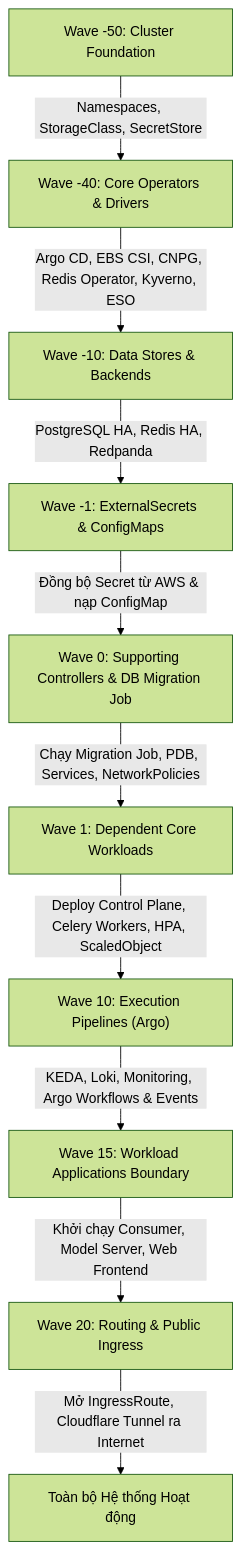
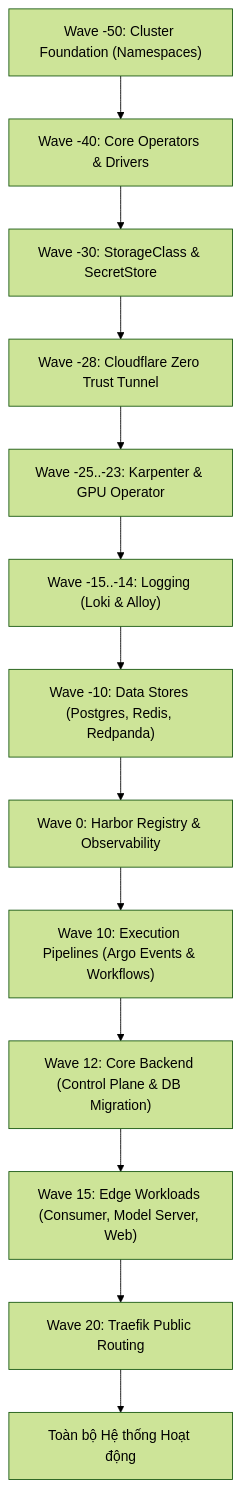
The diagram in k8s/README.md (Viet-Hoang-2005/MLOps-paas-system), drawn with Mermaid (forest theme) before and after one commit. The commit also changed other lines of this file and 4 other files, not shown here.

Commit message:
fix(k8s): race condition between sync wave control plane and consumer

````diff
--- a/k8s/README.md
+++ b/k8s/README.md
@@ -57,22 +57,17 @@
 ```mermaid
 flowchart TD
-    W_M50["Wave -50: Cluster Foundation"]
+    W_M50["Wave -50: Cluster Foundation (Namespaces)"]
     W_M40["Wave -40: Core Operators & Drivers"]
-    W_M10["Wave -10: Data Stores & Backends"]
-    W_M1["Wave -1: ExternalSecrets & ConfigMaps"]
-    W_0["Wave 0: Supporting Controllers & DB Migration Job"]
-    W_1["Wave 1: Dependent Core Workloads"]
-    W_10["Wave 10: Execution Pipelines (Argo)"]
-    W_15["Wave 15: Workload Applications Boundary"]
-    W_20["Wave 20: Routing & Public Ingress"]
+    W_M30["Wave -30: StorageClass & SecretStore"]
+    W_M28["Wave -28: Cloudflare Zero Trust Tunnel"]
+    W_M25["Wave -25..-23: Karpenter & GPU Operator"]
+    W_M15["Wave -15..-14: Logging (Loki & Alloy)"]
+    W_M10["Wave -10: Data Stores (Postgres, Redis, Redpanda)"]
+    W_0["Wave 0: Harbor Registry & Observability"]
+    W_10["Wave 10: Execution Pipelines (Argo Events & Workflows)"]
+    W_12["Wave 12: Core Backend (Control Plane & DB Migration)"]
+    W_15["Wave 15: Edge Workloads (Consumer, Model Server, Web)"]
+    W_20["Wave 20: Traefik Public Routing"]
 
-    W_M50 -->|Namespaces, StorageClass, SecretStore| W_M40
-    W_M40 -->|Argo CD, EBS CSI, CNPG, Redis Operator, Kyverno, ESO| W_M10
-    W_M10 -->|PostgreSQL HA, Redis HA, Redpanda| W_M1
-    W_M1  -->|Đồng bộ Secret từ AWS & nạp ConfigMap| W_0
-    W_0   -->|Chạy Migration Job, PDB, Services, NetworkPolicies| W_1
-    W_1   -->|Deploy Control Plane, Celery Workers, HPA, ScaledObject| W_10
-    W_10  -->|KEDA, Loki, Monitoring, Argo Workflows & Events| W_15
-    W_15  -->|Khởi chạy Consumer, Model Server, Web Frontend| W_20
-    W_20  -->|Mở IngressRoute, Cloudflare Tunnel ra Internet| Ready["Toàn bộ Hệ thống Hoạt động"]
+    W_M50 --> W_M40 --> W_M30 --> W_M28 --> W_M25 --> W_M15 --> W_M10 --> W_0 --> W_10 --> W_12 --> W_15 --> W_20 --> Ready["Toàn bộ Hệ thống Hoạt động"]
 ```
````
